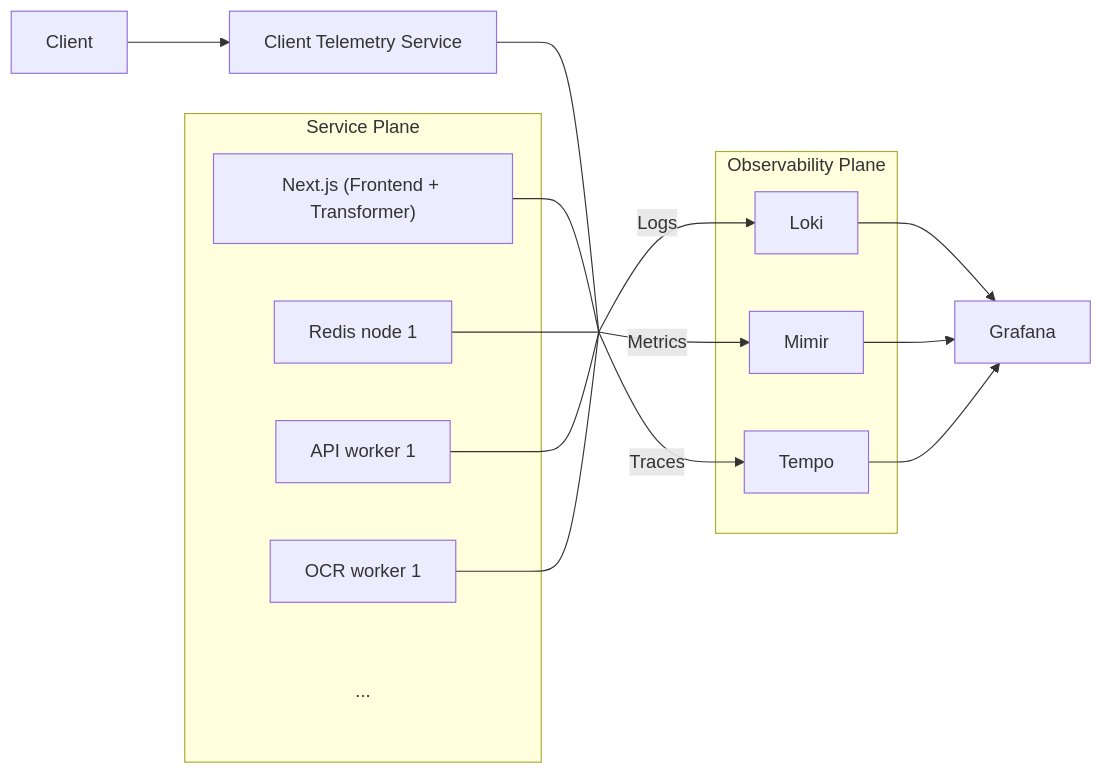
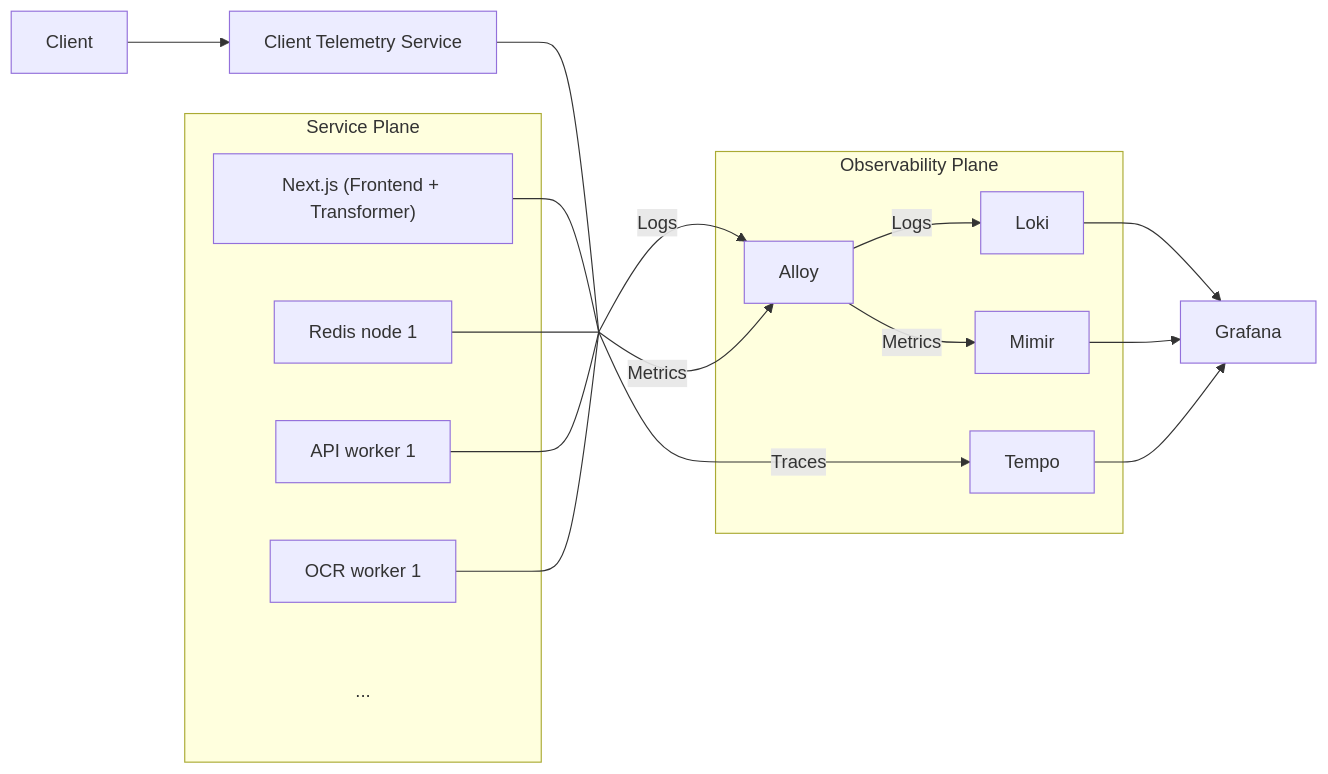
Before and after one commit to OzuYatamutsu/project-overengineer: the fifth of 5 diagrams in README.md, drawn with Mermaid. The commit also changed other lines of this file, not shown here.

````diff
--- a/README.md
+++ b/README.md
@@ -379,39 +384,42 @@
 ```mermaid
 graph LR
     Client["Client"]
     ClientTelemetry["Client Telemetry Service"]
     TelemetrySplitter[" "]:::split
     TelemetrySplitter2[" "]:::split
     Grafana["Grafana"]
 
     subgraph Service Plane
         F1["Next.js (Frontend + Transformer)"]
         R1["Redis node 1"]
         S1["API worker 1"]
         O1["OCR worker 1"]
         XX["..."]:::plainText
     end
 
     subgraph Observability Plane
+        Alloy["Alloy"]
         Loki["Loki"]
         Mimir["Mimir"]
         Tempo["Tempo"]
     end
 
     Client --> ClientTelemetry
     ClientTelemetry --- TelemetrySplitter
     F1 --- TelemetrySplitter
     R1 --- TelemetrySplitter
     S1 --- TelemetrySplitter
     O1 --- TelemetrySplitter
-    TelemetrySplitter -->|Logs| Loki
-    TelemetrySplitter -->|Metrics| Mimir
+    TelemetrySplitter -->|Logs| Alloy
+    TelemetrySplitter -->|Metrics| Alloy
+    Alloy -->|Logs| Loki
+    Alloy -->|Metrics| Mimir
     TelemetrySplitter -->|Traces| Tempo
 
     Loki --> Grafana
     Mimir --> Grafana
     Tempo --> Grafana
 
 classDef plainText fill:none,stroke:none;
 classDef split fill:none,stroke:none,width:0,height:0;
 ```
````
